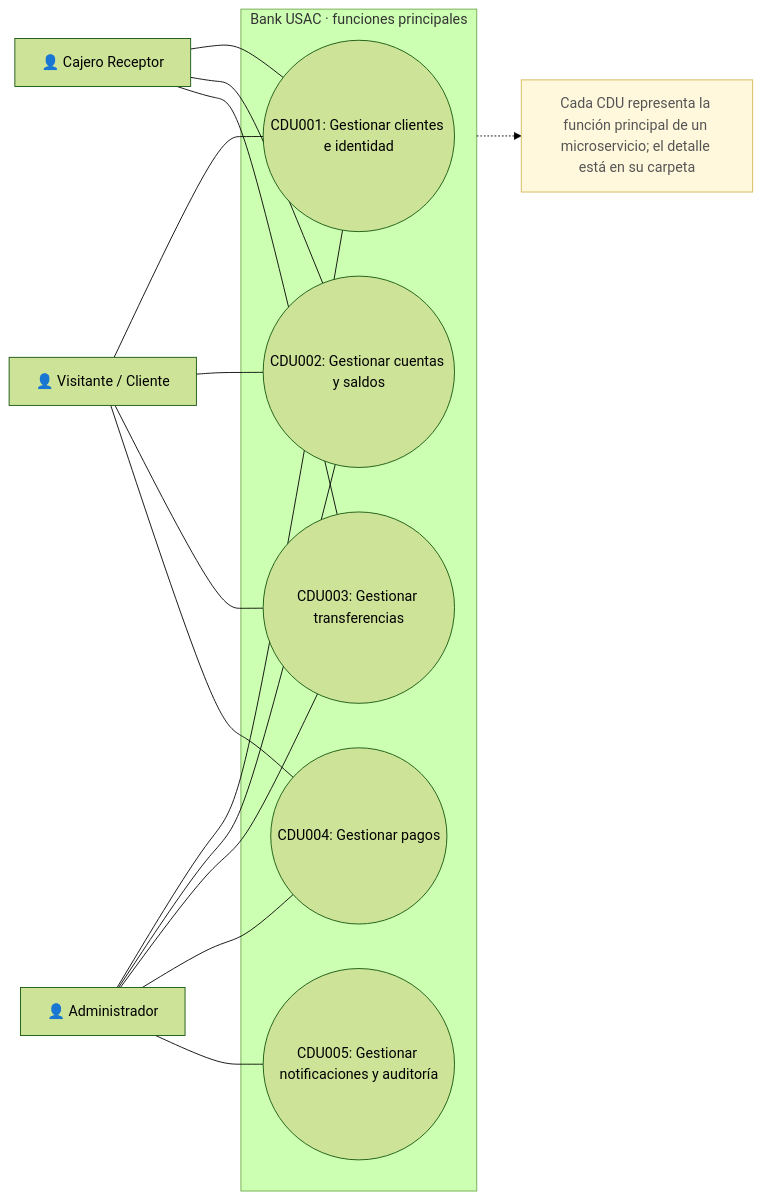
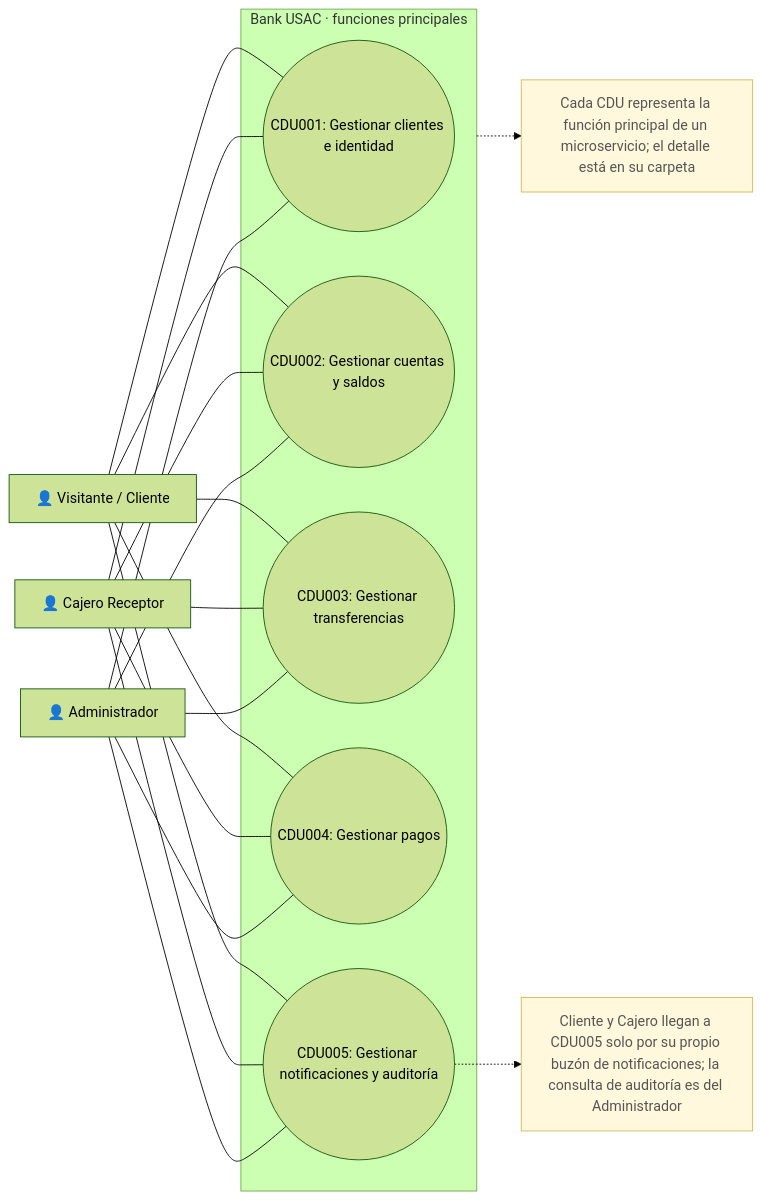
One commit to marcosbondel/Proyecto-SA-B-2 changed the diagram in docs/architecture/diagrams/cdu/01-primera-descomposicion.mmd. Above: the diagram before and after it, drawn with Mermaid (forest theme). The commit also changed 66 other files, not shown here.

```diff
--- a/docs/architecture/diagrams/cdu/01-primera-descomposicion.mmd
+++ b/docs/architecture/diagrams/cdu/01-primera-descomposicion.mmd
@@ -1,32 +1,38 @@
 flowchart LR
     visitor["👤 Visitante / Cliente"]
     teller["👤 Cajero Receptor"]
     admin["👤 Administrador"]
 
     subgraph bank["Bank USAC · funciones principales"]
         customer(("CDU001: Gestionar clientes e identidad"))
         account(("CDU002: Gestionar cuentas y saldos"))
         transaction(("CDU003: Gestionar transferencias"))
         payment(("CDU004: Gestionar pagos"))
         audit(("CDU005: Gestionar notificaciones y auditoría"))
     end
 
     visitor --- customer
     visitor --- account
     visitor --- transaction
     visitor --- payment
+    visitor --- audit
 
     teller --- customer
     teller --- account
     teller --- transaction
+    teller --- payment
+    teller --- audit
 
     admin --- customer
     admin --- account
     admin --- transaction
     admin --- payment
     admin --- audit
 
     note["Cada CDU representa la función principal de un microservicio; el detalle está en su carpeta"]:::note
     bank -.-> note
 
+    scopeNote["Cliente y Cajero llegan a CDU005 solo por su propio buzón de notificaciones; la consulta de auditoría es del Administrador"]:::note
+    audit -.-> scopeNote
+
     classDef note fill:#FFF8DC,stroke:#D6B656,color:#555555;
```
